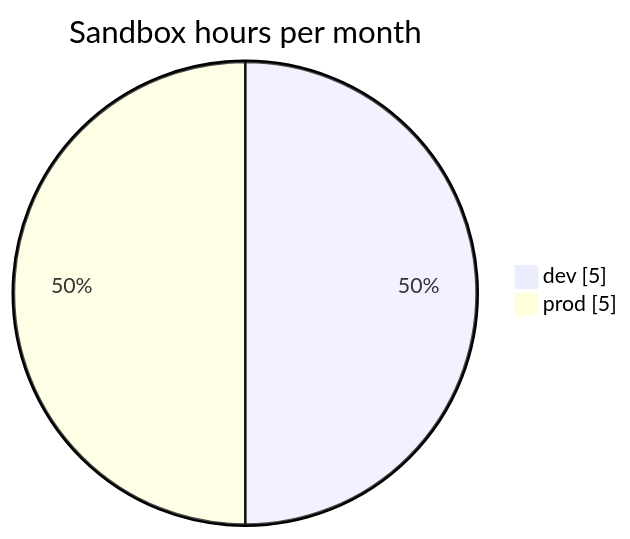
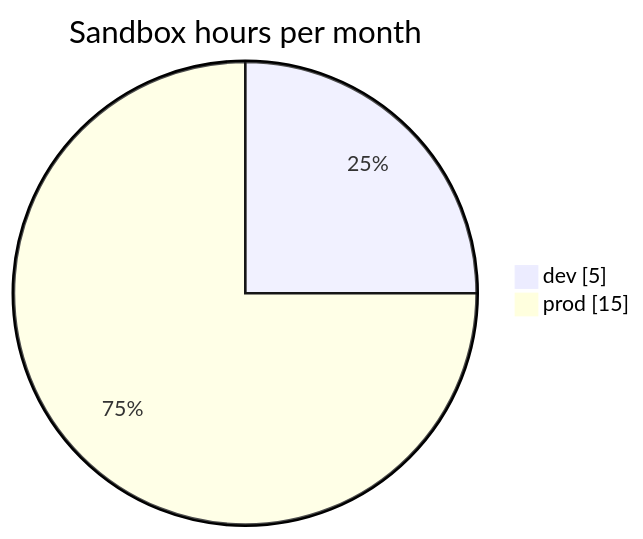
The seventh of 9 diagrams in docs/architecture/infrastructure-and-cost.md (nsudhanva/rhumbatron), drawn with Mermaid before and after one commit. The commit also changed other lines of this file and 8 other files, not shown here.

````diff
--- a/docs/architecture/infrastructure-and-cost.md
+++ b/docs/architecture/infrastructure-and-cost.md
@@ -181,6 +181,6 @@
 ```mermaid
 pie showData
   title Sandbox hours per month
   "dev" : 5
-  "prod" : 5
+  "prod" : 15
 ```
````
